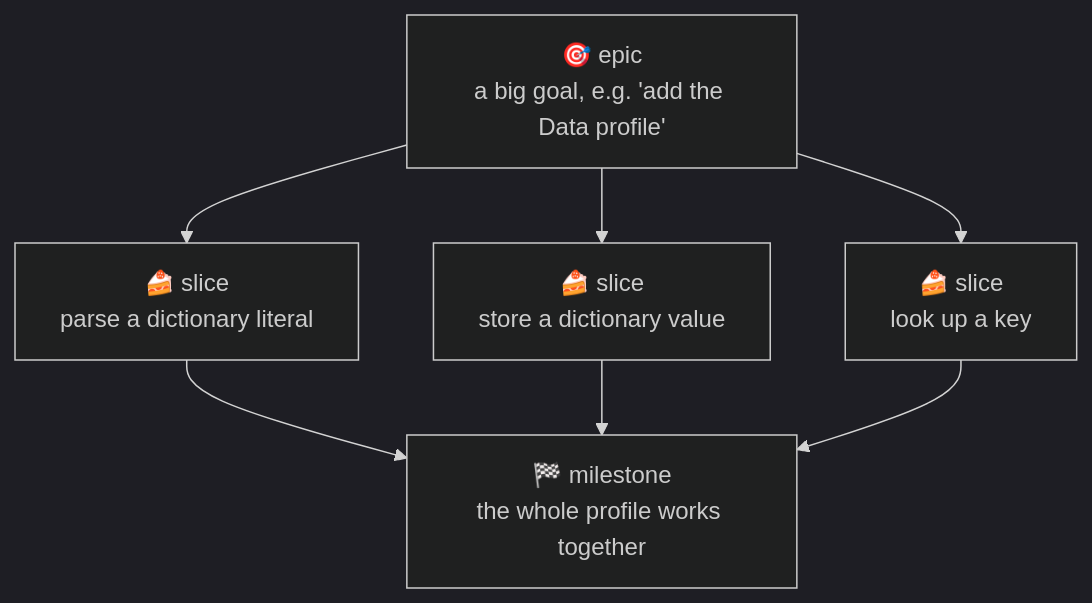
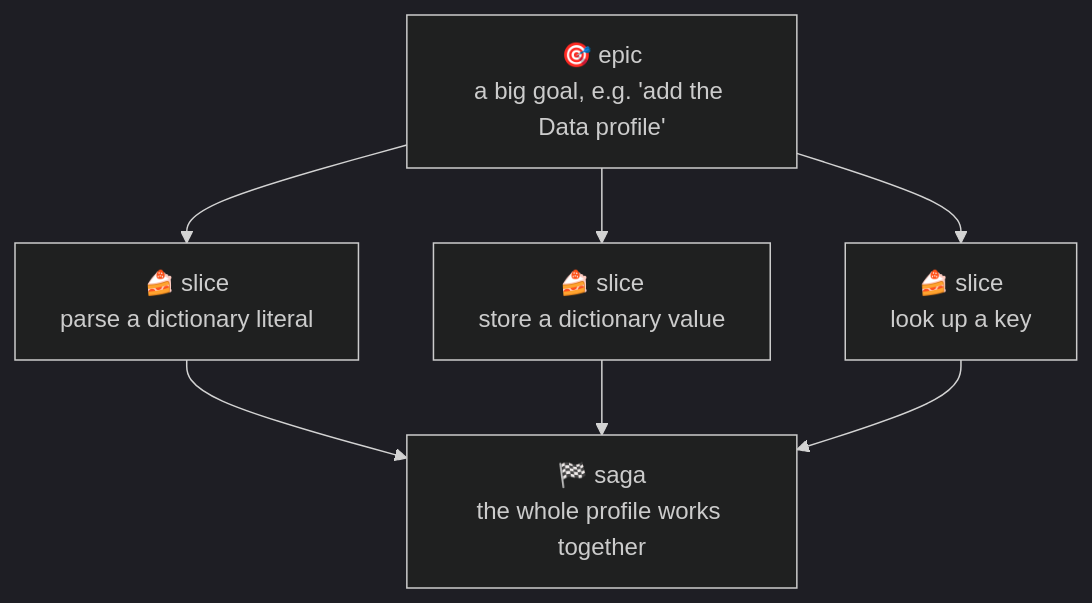
Before and after one commit to pmalarme/open-logo: the first of 2 diagrams in docs/learn-how-its-built/10-how-we-built-it.md, drawn with Mermaid (dark theme). The commit also changed other lines of this file and 14 other files, not shown here.

````diff
--- a/docs/learn-how-its-built/10-how-we-built-it.md
+++ b/docs/learn-how-its-built/10-how-we-built-it.md
@@ -20,9 +20,9 @@
 ```mermaid
 flowchart TD
   A["🎯 epic<br/>a big goal, e.g. 'add the Data profile'"] --> B1["🍰 slice<br/>parse a dictionary literal"]
   A --> B2["🍰 slice<br/>store a dictionary value"]
   A --> B3["🍰 slice<br/>look up a key"]
-  B1 --> M["🏁 milestone<br/>the whole profile works together"]
+  B1 --> M["🏁 saga<br/>the whole profile works together"]
   B2 --> M
   B3 --> M
 ```
````
